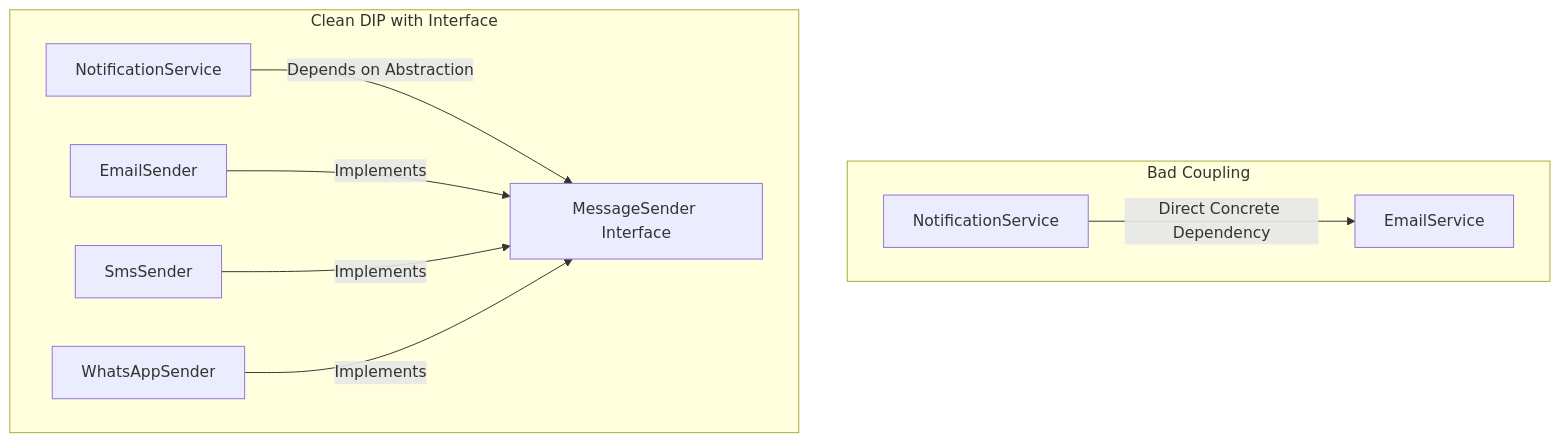
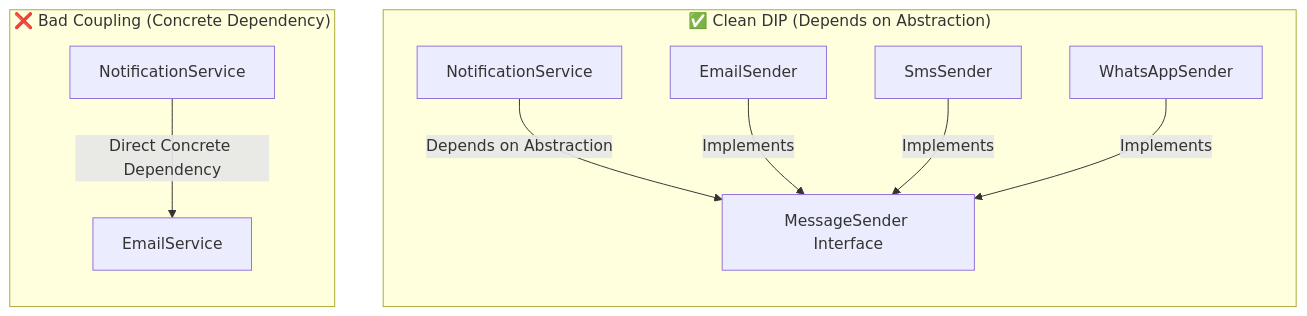
The third of 3 diagrams in 04-OOPs-and-Design-Patterns/OOPS-Notes.md (rohithgowda18/Notes), drawn with Mermaid before and after one commit. The commit also changed other lines of this file and 15 other files, not shown here.

Commit message:
docs: audit Mermaid diagrams, optimize side-by-side layouts, and deduplicate DBMS advanced notes

````diff
--- a/04-OOPs-and-Design-Patterns/OOPS-Notes.md
+++ b/04-OOPs-and-Design-Patterns/OOPS-Notes.md
@@ -254,13 +248,17 @@
 ```mermaid
-flowchart TD
-    subgraph Bad Coupling
+flowchart LR
+    subgraph BadCoupling ["❌ Bad Coupling (Concrete Dependency)"]
+        direction TB
         High1[NotificationService] -->|Direct Concrete Dependency| Low1[EmailService]
     end
 
-    subgraph Clean DIP with Interface
+    BadCoupling ~~~ CleanDIP
+
+    subgraph CleanDIP ["✅ Clean DIP (Depends on Abstraction)"]
+        direction TB
         High2[NotificationService] -->|Depends on Abstraction| Interface[MessageSender Interface]
         EmailImpl[EmailSender] -->|Implements| Interface
         SmsImpl[SmsSender] -->|Implements| Interface
         WhatsappImpl[WhatsAppSender] -->|Implements| Interface
     end
 ```
````
